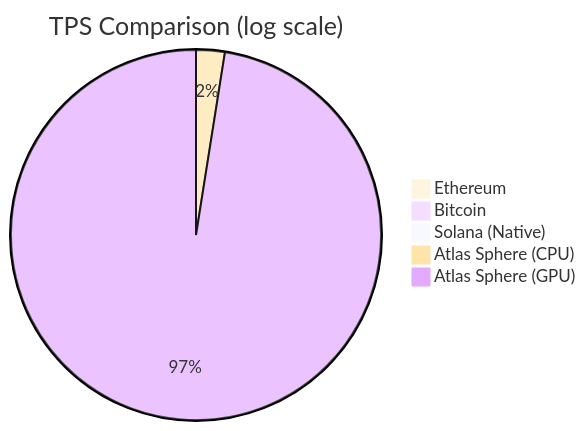
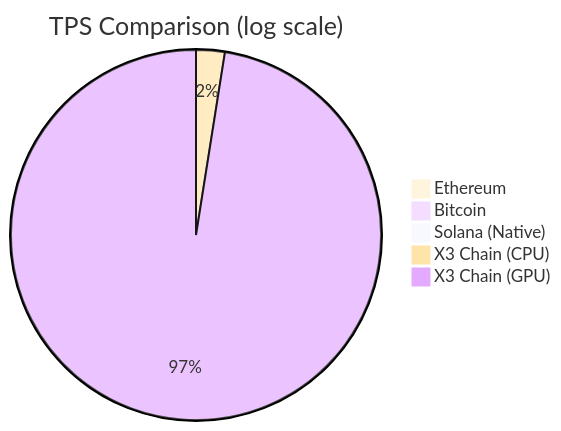
One commit to Cyptopimpinainteazy/atlas-sphere changed the fourth of 4 diagrams in docs/TPS_ARCHITECTURE_EXPLAINED.md. Above: the diagram before and after it, drawn with Mermaid. The commit also changed other lines of this file and 5233 other files, not shown here.

````diff
--- a/docs/TPS_ARCHITECTURE_EXPLAINED.md
+++ b/docs/TPS_ARCHITECTURE_EXPLAINED.md
@@ -222,9 +222,9 @@
 ```mermaid
 %%{init: {'theme':'base'}}%%
 pie title TPS Comparison (log scale)
     "Ethereum" : 15
     "Bitcoin" : 7
     "Solana (Native)" : 65000
-    "Atlas Sphere (CPU)" : 500000
-    "Atlas Sphere (GPU)" : 19500000
+    "X3 Chain (CPU)" : 500000
+    "X3 Chain (GPU)" : 19500000
 ```
````
